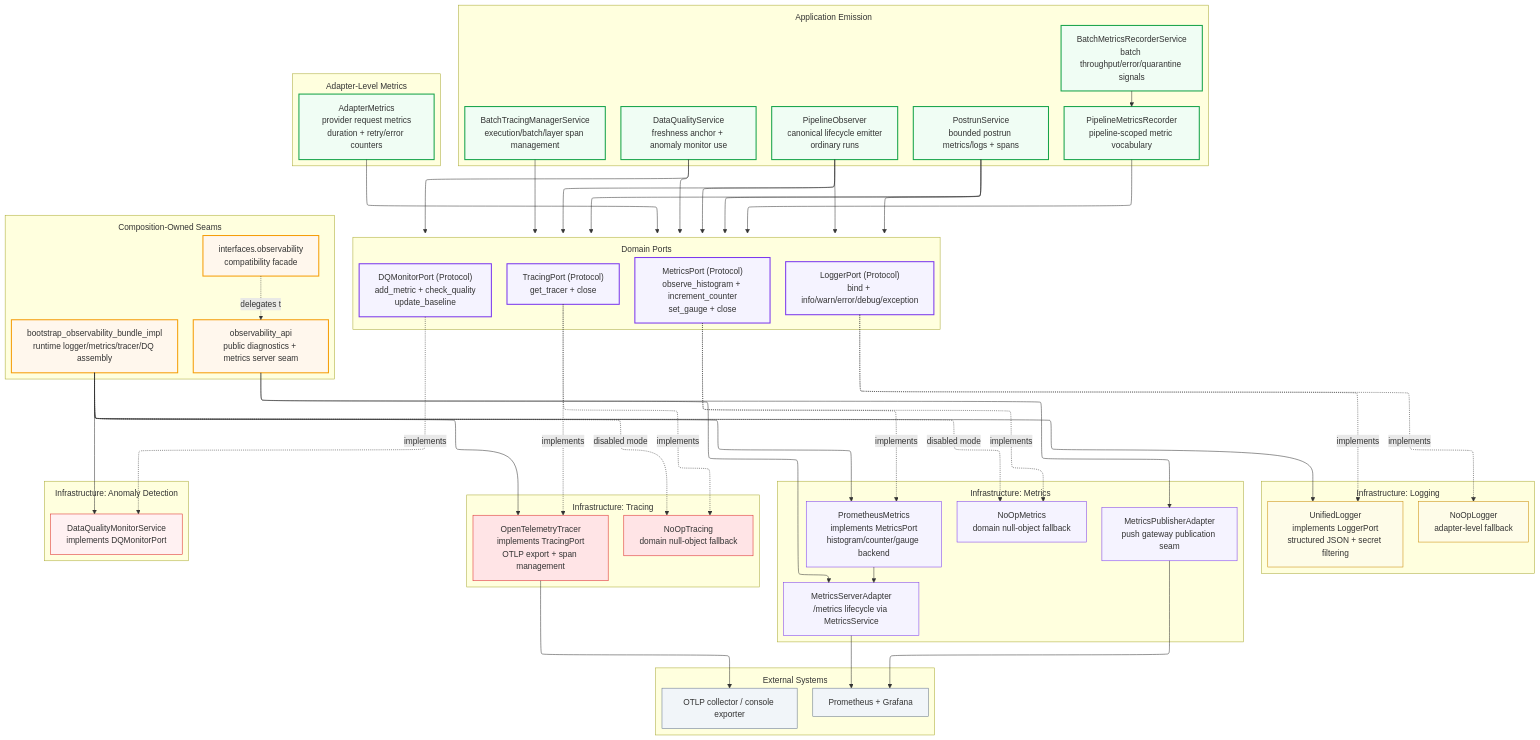
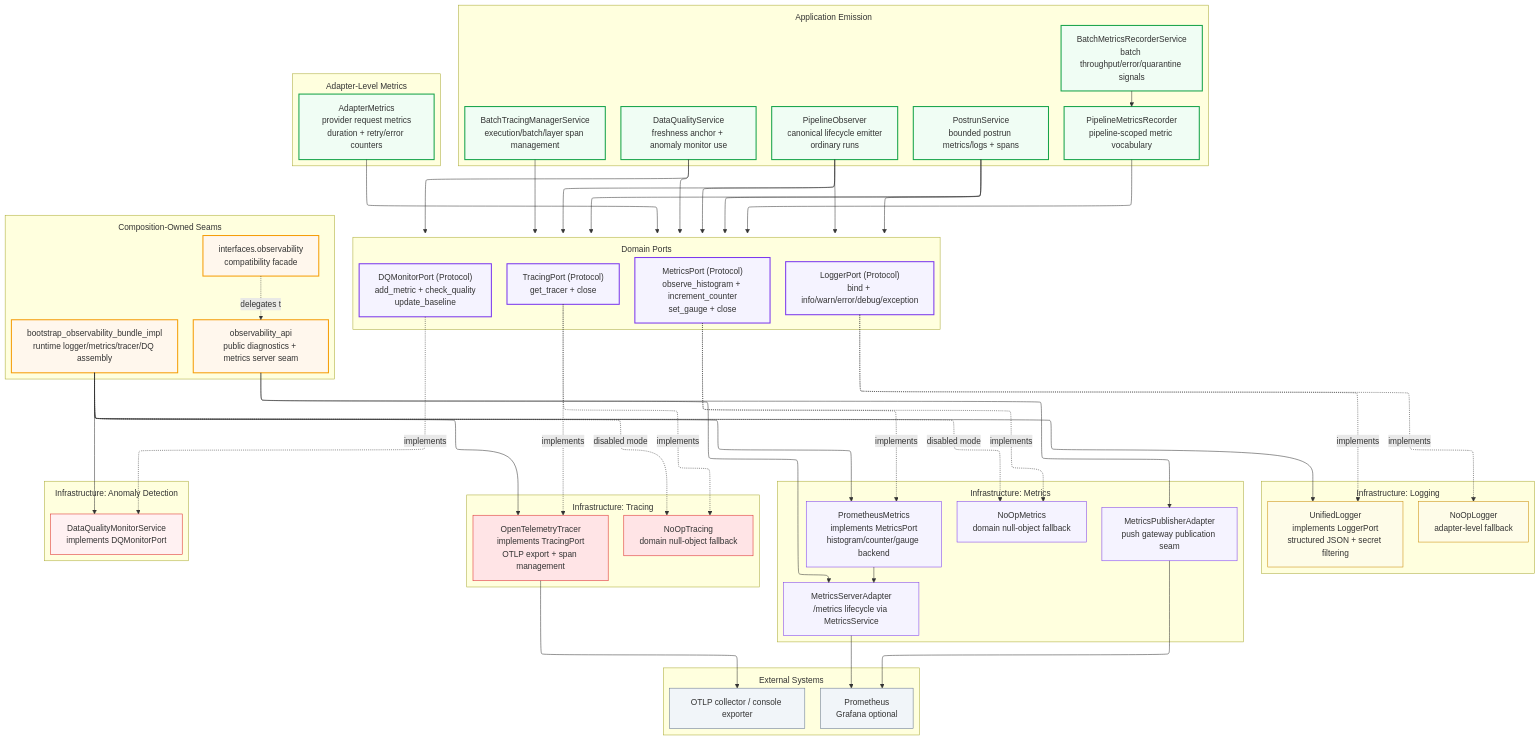
Before and after one commit to SatoryKono/BioactivityDataAcquisition: the diagram in docs/02-architecture/diagrams/architecture/09-observability-stack.mmd, drawn with Mermaid. The commit also changed 46 other files, not shown here.

First line of the commit message:
fix: align NDA P2 docs, diagrams, mapper Port, and Prometheus settings

```diff
--- a/docs/02-architecture/diagrams/architecture/09-observability-stack.mmd
+++ b/docs/02-architecture/diagrams/architecture/09-observability-stack.mmd
@@ -1,120 +1,120 @@
 %% BioETL — Observability Stack
 %% Logging, Metrics, Tracing architecture.
 
 %% @version 1.1.0
 %% @date    2026-04-12
 %% @type    flowchart
 %% @level   System / Component
 %% @nodes   24
 %% @reference  Decomposed into 09a-observability-app, 09b-observability-infra
 
 %%{init: {
   'flowchart': {
     'subGraphTitleMargin': { 'top': 12, 'bottom': 12 }
   },
   'layout': 'elk',
   'elk': {
     'mergeEdges': true,
     'nodePlacementStrategy': 'BRANDES_KOEPF',
     'edgeRouting': 'ORTHOGONAL'
   }
 }}%%
 %% @uniform width=224 height=198 max_title_len=23 max_desc_lines=9
 graph TB
     subgraph Ports["Domain Ports"]
         LP["LoggerPort (Protocol)<br/>bind + info/warn/error/debug/exception"]:::size-lg
         MP["MetricsPort (Protocol)<br/>observe_histogram + increment_counter<br/>set_gauge + close"]:::size-lg
         TP["TracingPort (Protocol)<br/>get_tracer + close"]:::size-lg
         DQMP["DQMonitorPort (Protocol)<br/>add_metric + check_quality<br/>update_baseline"]:::size-lg
     end
 
     subgraph AppObserver["Application Emission"]
         PO["PipelineObserver<br/>canonical lifecycle emitter<br/>ordinary runs"]:::size-lg
         PMR["PipelineMetricsRecorder<br/>pipeline-scoped metric vocabulary"]:::size-lg
         BMR["BatchMetricsRecorderService<br/>batch throughput/error/quarantine signals"]:::size-lg
         BTM["BatchTracingManagerService<br/>execution/batch/layer span management"]:::size-lg
         DQS["DataQualityService<br/>freshness anchor + anomaly monitor use"]:::size-lg
         PRS["PostrunService<br/>bounded postrun metrics/logs + spans"]:::size-lg
     end
 
     subgraph Composition["Composition-Owned Seams"]
         BOB["bootstrap_observability_bundle_impl<br/>runtime logger/metrics/tracer/DQ assembly"]:::size-lg
         OAPI["observability_api<br/>public diagnostics + metrics server seam"]:::size-lg
         IOBS["interfaces.observability<br/>compatibility facade"]:::size-lg
     end
 
     subgraph InfraLogging["Infrastructure: Logging"]
         UL["UnifiedLogger<br/>implements LoggerPort<br/>structured JSON + secret filtering"]:::size-lg
         NOL["NoOpLogger<br/>adapter-level fallback"]:::size-lg
     end
 
     subgraph InfraMetrics["Infrastructure: Metrics"]
         PM["PrometheusMetrics<br/>implements MetricsPort<br/>histogram/counter/gauge backend"]:::size-lg
         MSA["MetricsServerAdapter<br/>/metrics lifecycle via MetricsService"]:::size-lg
         MPA["MetricsPublisherAdapter<br/>push gateway publication seam"]:::size-lg
         NOM["NoOpMetrics<br/>domain null-object fallback"]:::size-lg
     end
 
     subgraph InfraTracing["Infrastructure: Tracing"]
         OTT["OpenTelemetryTracer<br/>implements TracingPort<br/>OTLP export + span management"]:::size-lg
         NOT["NoOpTracing<br/>domain null-object fallback"]:::size-lg
     end
 
     subgraph InfraAnomaly["Infrastructure: Anomaly Detection"]
         DQM["DataQualityMonitorService<br/>implements DQMonitorPort"]:::size-lg
     end
 
     subgraph AdapterMetrics["Adapter-Level Metrics"]
         AM["AdapterMetrics<br/>provider request metrics<br/>duration + retry/error counters"]:::size-lg
     end
 
     subgraph External["External Systems"]
-        PROM["Prometheus + Grafana"]:::size-lg
+        PROM["Prometheus<br/>Grafana optional"]:::size-lg
         OTEL_COL["OTLP collector / console exporter"]:::size-lg
     end
 
     %% Port implementations
     LP -.implements.-> UL & NOL
     MP -.implements.-> PM & NOM
     TP -.implements.-> OTT & NOT
     DQMP -.implements.-> DQM
 
     %% Application publication boundaries
     PO --> LP & MP & TP
     PMR --> MP
     BMR --> PMR
     BTM --> TP
     DQS --> MP & DQMP
     PRS --> LP & MP & TP
 
     %% Composition-owned wiring and public seams
     BOB --> UL & PM & OTT & DQM
     BOB -.disabled mode.-> NOM & NOT
     IOBS -.delegates to.-> OAPI
     OAPI --> MSA & MPA
 
     %% Adapter/provider metrics
     AM --> MP
 
     %% Infrastructure to external
     PM --> MSA --> PROM
     MPA --> PROM
     OTT --> OTEL_COL
 
     classDef port fill:#f5f3ff,stroke:#7c3aed,stroke-width:2px
     classDef app fill:#f0fdf4,stroke:#16a34a,stroke-width:2px
     classDef comp fill:#fff7ed,stroke:#f59e0b,stroke-width:2px
     classDef logging fill:#fefce8,stroke:#ca8a04
     classDef metrics fill:#f5f3ff,stroke:#7c3aed
     classDef tracing fill:#ffe4e6,stroke:#dc2626
     classDef anomaly fill:#fff1f2,stroke:#dc2626
     classDef ext fill:#f1f5f9,stroke:#64748b
 
     class LP,MP,TP,DQMP port
     class PO,PMR,BMR,BTM,DQS,PRS,AM app
     class BOB,OAPI,IOBS comp
     class UL,NOL logging
     class PM,MSA,MPA,NOM metrics
     class OTT,NOT tracing
     class DQM anomaly
     class PROM,OTEL_COL ext
```
